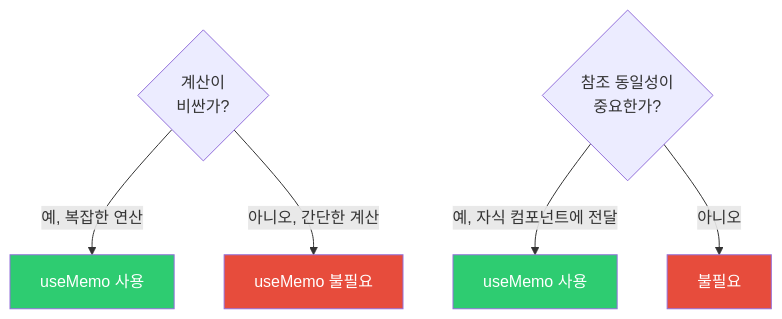
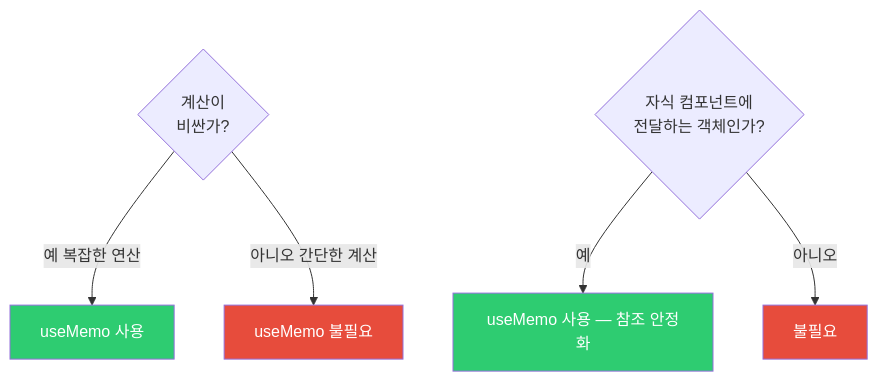
One commit to yjkim2015/yjkim2015.github.io changed the third of 6 diagrams in _posts/frontend/2026-05-02-react-hooks.md. Above: the diagram before and after it, drawn with Mermaid. The commit also changed other lines of this file and 122 other files, not shown here.

````diff
--- a/_posts/frontend/2026-05-02-react-hooks.md
+++ b/_posts/frontend/2026-05-02-react-hooks.md
@@ -185,15 +199,15 @@
 ```mermaid
 flowchart TD
     A{"계산이<br>비싼가?"}
-    A -->|"예, 복잡한 연산"| B["useMemo 사용"]
-    A -->|"아니오, 간단한 계산"| C["useMemo 불필요"]
+    A -->|"예 복잡한 연산"| B["useMemo 사용"]
+    A -->|"아니오 간단한 계산"| C["useMemo 불필요"]
 
-    D{"참조 동일성이<br>중요한가?"}
-    D -->|"예, 자식 컴포넌트에 전달"| E["useMemo 사용"]
+    D{"자식 컴포넌트에<br>전달하는 객체인가?"}
+    D -->|"예"| E["useMemo 사용 — 참조 안정화"]
     D -->|"아니오"| F["불필요"]
 
     style B fill:#2ecc71,color:#fff
     style C fill:#e74c3c,color:#fff
     style E fill:#2ecc71,color:#fff
     style F fill:#e74c3c,color:#fff
 ```
````
